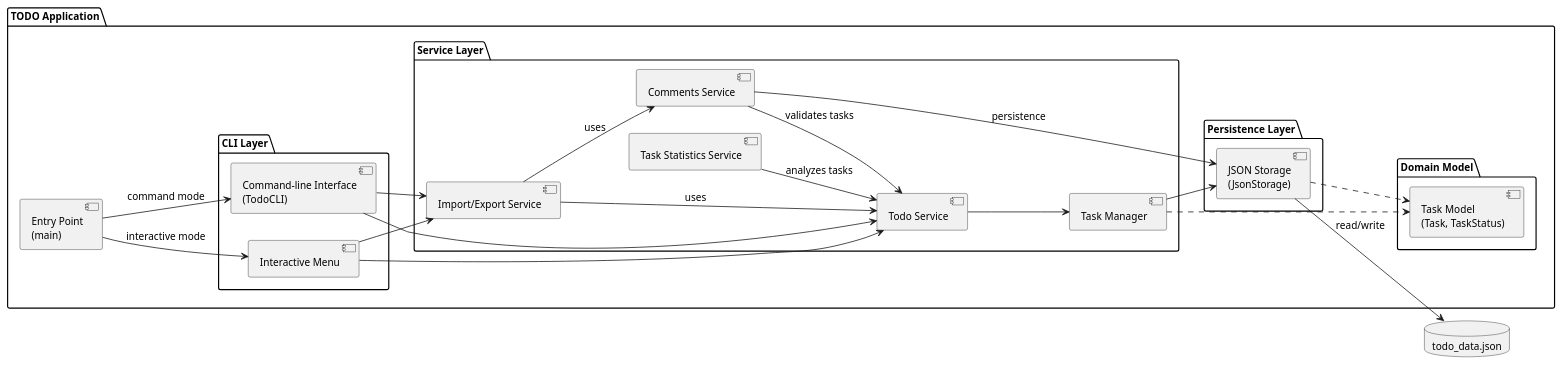
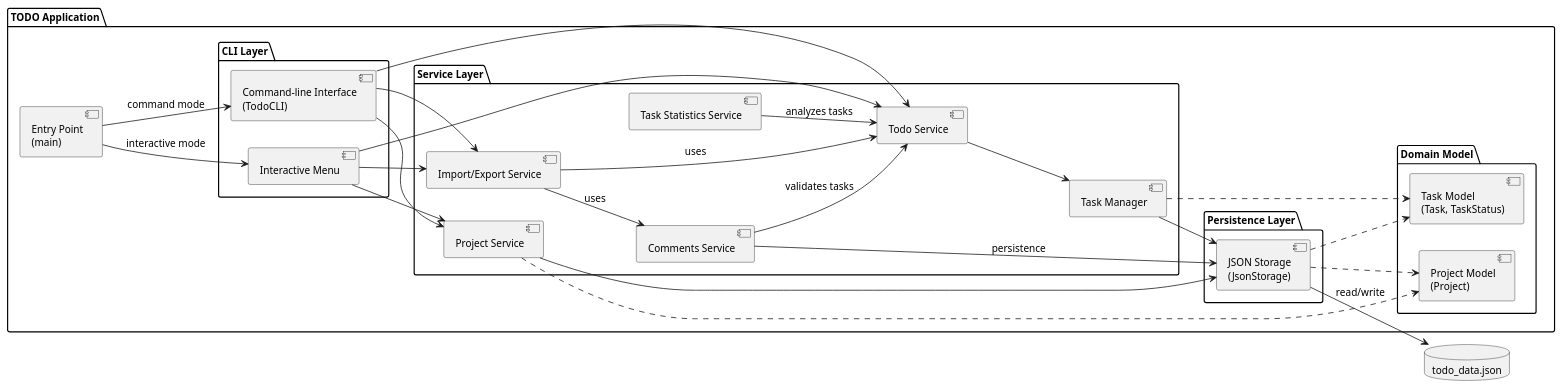
One commit to DanielRiha8906/Software_autoevolution_using_agents changed the diagram in experiments/pipeline/test_driven/TODO/artifacts/component_diagram.puml. Above: the diagram before and after it, drawn with PlantUML. The commit also changed 20 other files, not shown here.

```diff
--- a/experiments/pipeline/test_driven/TODO/artifacts/component_diagram.puml
+++ b/experiments/pipeline/test_driven/TODO/artifacts/component_diagram.puml
@@ -1,56 +1,63 @@
 @startuml component_diagram
 
 skinparam componentStyle uml2
 skinparam defaultFontSize 13
 
 left to right direction
 
 package "TODO Application" {
 
     component "Entry Point\n(main)" as Main
 
     package "CLI Layer" {
         component "Interactive Menu" as IM
         component "Command-line Interface\n(TodoCLI)" as CLI
     }
 
     package "Service Layer" {
         component "Todo Service" as SVC
         component "Task Manager" as MGR
+        component "Project Service" as PSVC
         component "Comments Service" as CSVC
         component "Task Statistics Service" as STATS
         component "Import/Export Service" as IESVC
     }
 
     package "Domain Model" {
         component "Task Model\n(Task, TaskStatus)" as Model
+        component "Project Model\n(Project)" as PModel
     }
 
     package "Persistence Layer" {
         component "JSON Storage\n(JsonStorage)" as Storage
     }
 }
 
 database "todo_data.json" as DB
 
 Main --> IM : interactive mode
 Main --> CLI : command mode
 
 IM --> SVC
+IM --> PSVC
 IM --> IESVC
 CLI --> SVC
+CLI --> PSVC
 CLI --> IESVC
 
 SVC --> MGR
+PSVC --> Storage
 CSVC --> SVC : validates tasks
 CSVC --> Storage : persistence
 STATS --> SVC : analyzes tasks
 IESVC --> SVC : uses
 IESVC --> CSVC : uses
 MGR --> Storage
 MGR ..> Model
+PSVC ..> PModel
 Storage ..> Model
+Storage ..> PModel
 
 Storage --> DB : read/write
 
 @enduml
```
